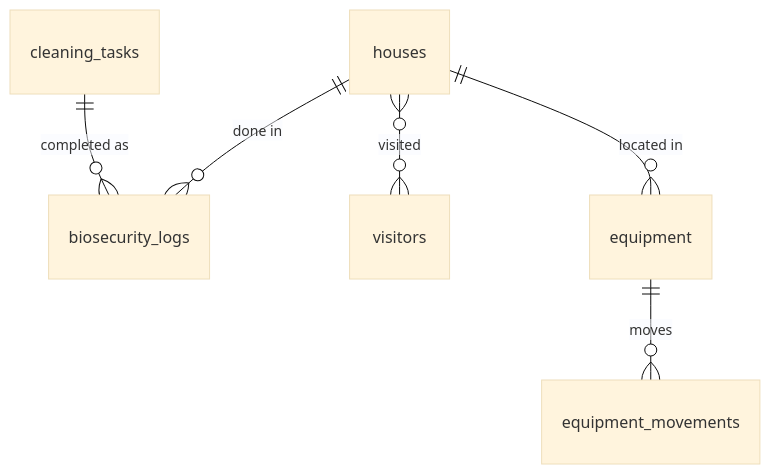
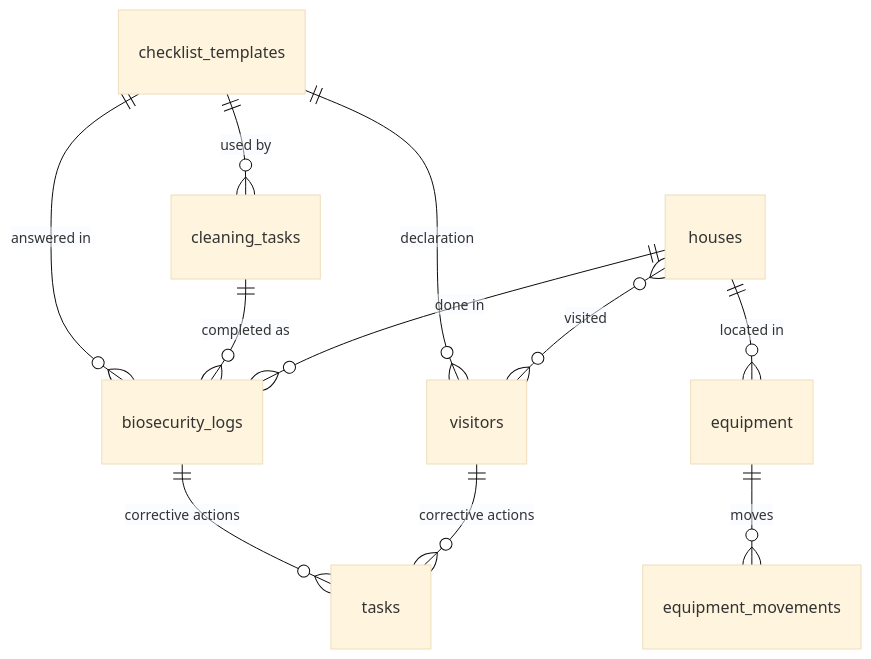
Before and after one commit to developers-gem/poultry-pilot: the fourth of 6 diagrams in docs/data-model.md, drawn with Mermaid (base theme). The commit also changed other lines of this file and 47 other files, not shown here.

Commit message:
FlockHealth and BioSecure Farm: health records, treatments with withdrawal enforcement, vaccination programmes and batches, configurable checklists, visitor register, biosecurity logs, corrective actions, sourced educational content

````diff
--- a/docs/data-model.md
+++ b/docs/data-model.md
@@ -186,8 +191,13 @@
 ```mermaid
 erDiagram
+  checklist_templates ||--o{ biosecurity_logs : "answered in"
+  checklist_templates ||--o{ visitors : "declaration"
+  checklist_templates ||--o{ cleaning_tasks : "used by"
   cleaning_tasks ||--o{ biosecurity_logs : "completed as"
   houses ||--o{ biosecurity_logs : "done in"
   houses }o--o{ visitors : "visited"
   houses ||--o{ equipment : "located in"
   equipment ||--o{ equipment_movements : moves
+  biosecurity_logs ||--o{ tasks : "corrective actions"
+  visitors ||--o{ tasks : "corrective actions"
 ```
````
